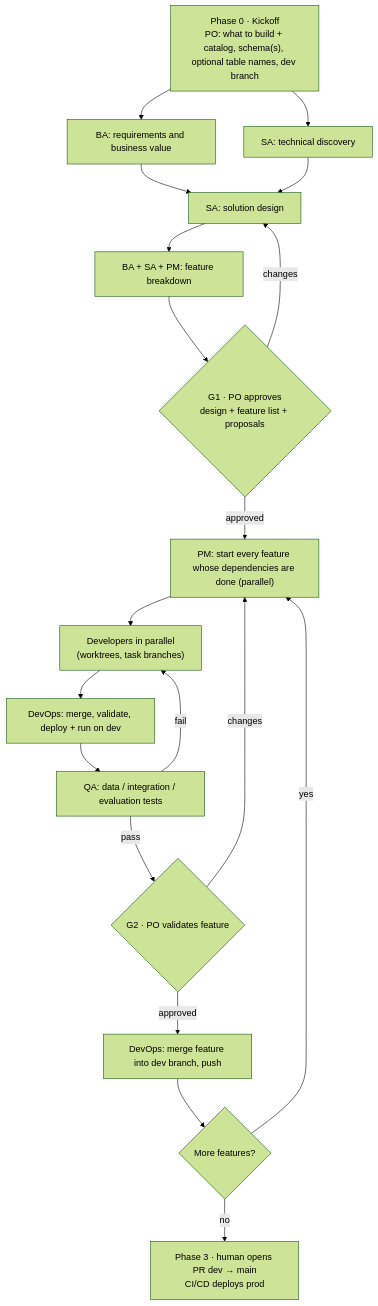
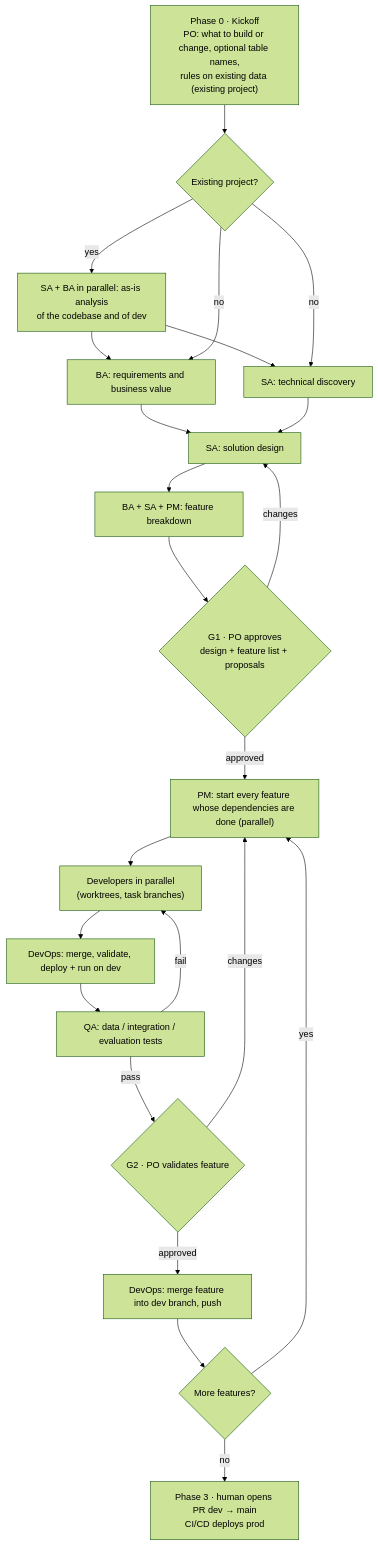
Before and after one commit to alessandro9110/deltaforce-ai: the diagram in docs/design.md, drawn with Mermaid (forest theme). The commit also changed other lines of this file and 19 other files, not shown here.

````diff
--- a/docs/design.md
+++ b/docs/design.md
@@ -88,21 +88,25 @@
 ```mermaid
 flowchart TD
-  K["Phase 0 · Kickoff<br/>PO: what to build + catalog, schema(s), optional table names, dev branch"] --> R[BA: requirements and business value]
-  K --> X[SA: technical discovery]
+  K["Phase 0 · Kickoff<br/>PO: what to build or change, optional table names,<br/>rules on existing data (existing project)"] --> E{Existing project?}
+  E -- yes --> A["SA + BA in parallel: as-is analysis<br/>of the codebase and of dev"]
+  A --> R
+  A --> X
+  E -- no --> R[BA: requirements and business value]
+  E -- no --> X[SA: technical discovery]
   R --> D[SA: solution design]
   X --> D
   D --> B[BA + SA + PM: feature breakdown]
   B --> G1{"G1 · PO approves<br/>design + feature list + proposals"}
   G1 -- changes --> D
   G1 -- approved --> P["PM: start every feature whose dependencies are done (parallel)"]
   P --> W["Developers in parallel<br/>(worktrees, task branches)"]
   W --> I["DevOps: merge, validate, deploy + run on dev"]
   I --> Q["QA: data / integration / evaluation tests"]
   Q -- fail --> W
   Q -- pass --> G2{"G2 · PO validates feature"}
   G2 -- changes --> P
   G2 -- approved --> M[DevOps: merge feature into dev branch, push]
   M --> N{More features?}
   N -- yes --> P
   N -- no --> H["Phase 3 · human opens PR dev → main<br/>CI/CD deploys prod"]
 ```
````
